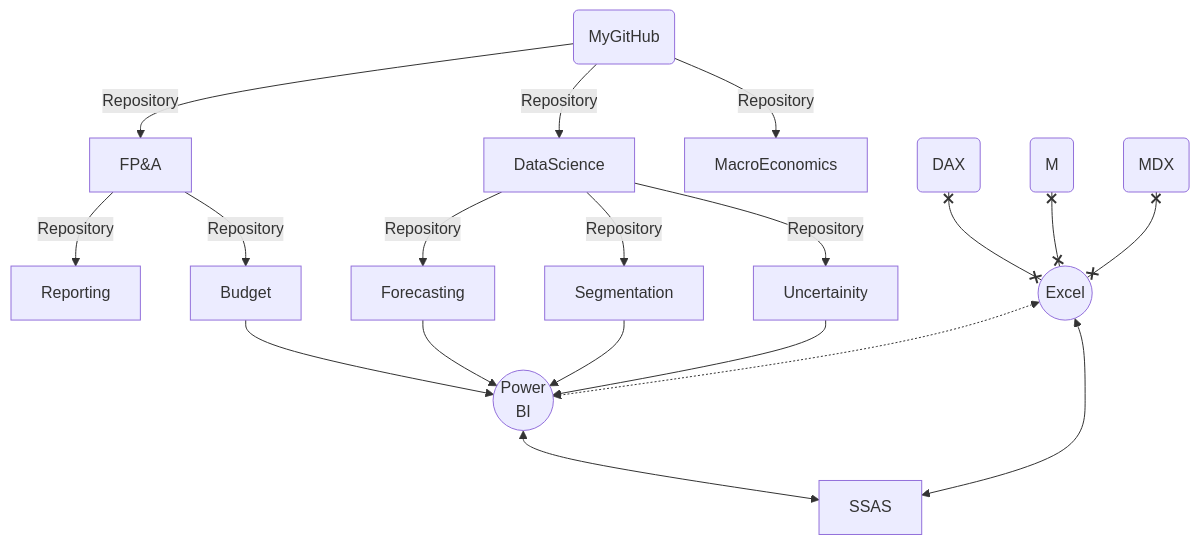
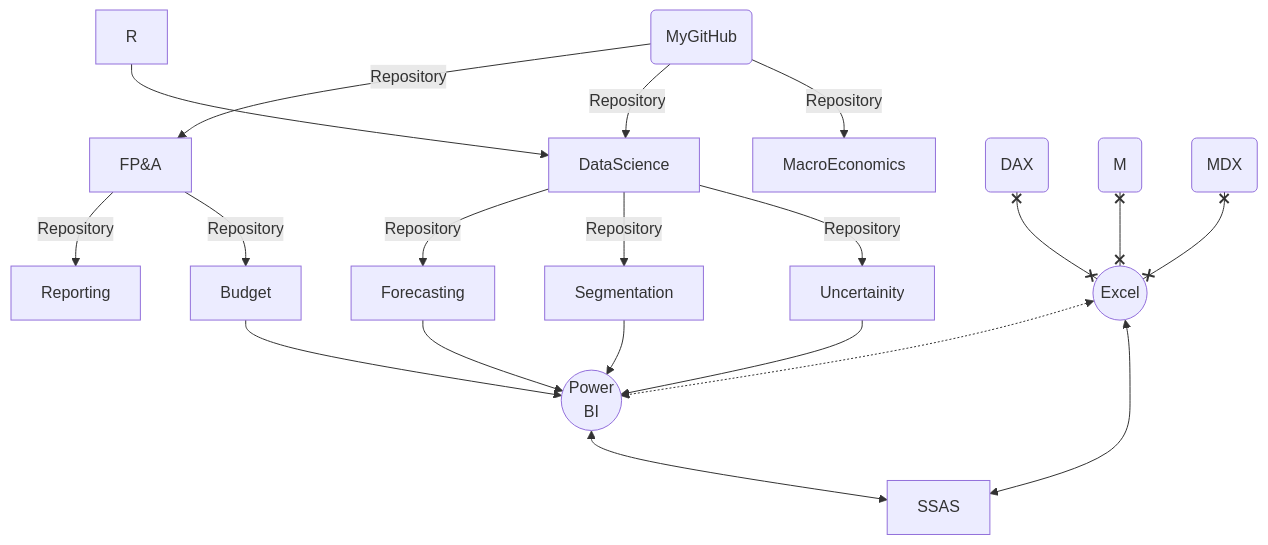
Before and after one commit to md3629/md3629: the diagram in README.md, drawn with Mermaid.

````diff
--- a/README.md
+++ b/README.md
@@ -4,21 +4,22 @@
 ```mermaid
 graph TD;
     my(MyGitHub)-->|Repository|FP&A;
     FP&A-->|Repository|Reporting;
     FP&A-->|Repository|Budget;
+    R-->DataScience;
     my(MyGitHub)-->|Repository|DataScience;
     my(MyGitHub)-->|Repository|MacroEconomics;
     DataScience--Repository-->Forecasting;
     DataScience--Repository-->Segmentation;
     DataScience--Repository-->Uncertainity;
     Uncertainity-->P((Power<br>BI));
     Forecasting-->P((Power<br>BI));
     Segmentation-->P((Power<br>BI));
     Budget-->P((Power<br>BI));
     D(DAX)x--xE((Excel));
     M(M)x--xE((Excel));
     E((Excel))<-.->P((Power<br>BI));
     A(MDX)x--xE((Excel));
     E((Excel))<-->SSAS;
     P((Power<br>BI))<-->SSAS;
 ```
````
